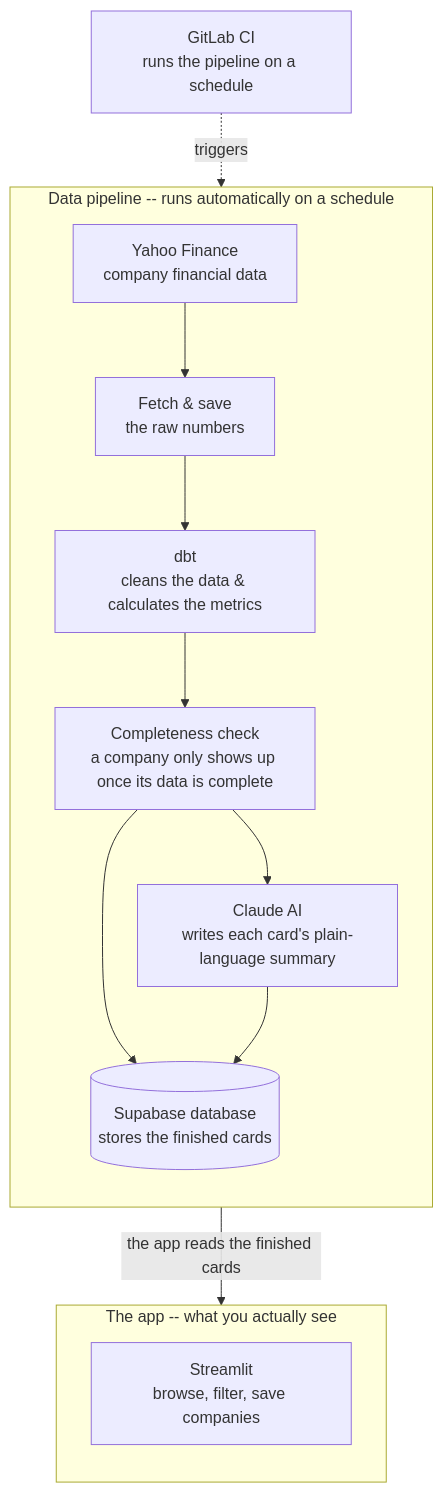
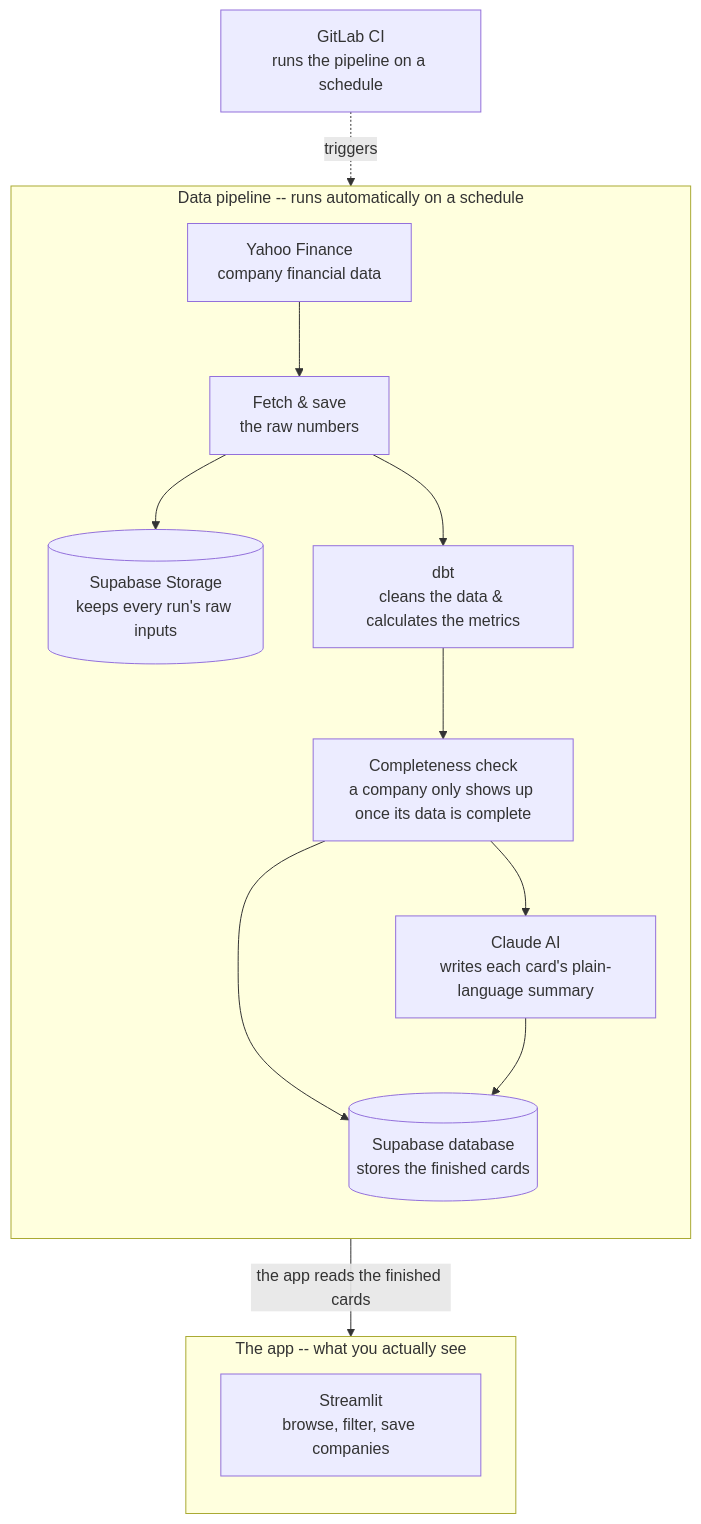
The diagram in README.md (ramialfahham/stock-explorer-app), drawn with Mermaid before and after one commit. The commit also changed other lines of this file and 3 other files, not shown here.

````diff
--- a/README.md
+++ b/README.md
@@ -103,18 +36,19 @@
 ```mermaid
 flowchart TD
     subgraph core["Data pipeline -- runs automatically on a schedule"]
         direction TB
         A["Yahoo Finance<br/>company financial data"] --> B["Fetch & save<br/>the raw numbers"]
+        B --> R[("Supabase Storage<br/>keeps every run's raw inputs")]
         B --> C["dbt<br/>cleans the data & calculates the metrics"]
         C --> D["Completeness check<br/>a company only shows up once its data is complete"]
         D --> E[("Supabase database<br/>stores the finished cards")]
         D --> H["Claude AI<br/>writes each card's plain-language summary"]
         H --> E
     end
     E -->|"the app reads the finished cards"| F
     subgraph ui["The app -- what you actually see"]
         direction TB
         F["Streamlit<br/>browse, filter, save companies"]
     end
     G["GitLab CI<br/>runs the pipeline on a schedule"] -.triggers.-> core
 ```
````
